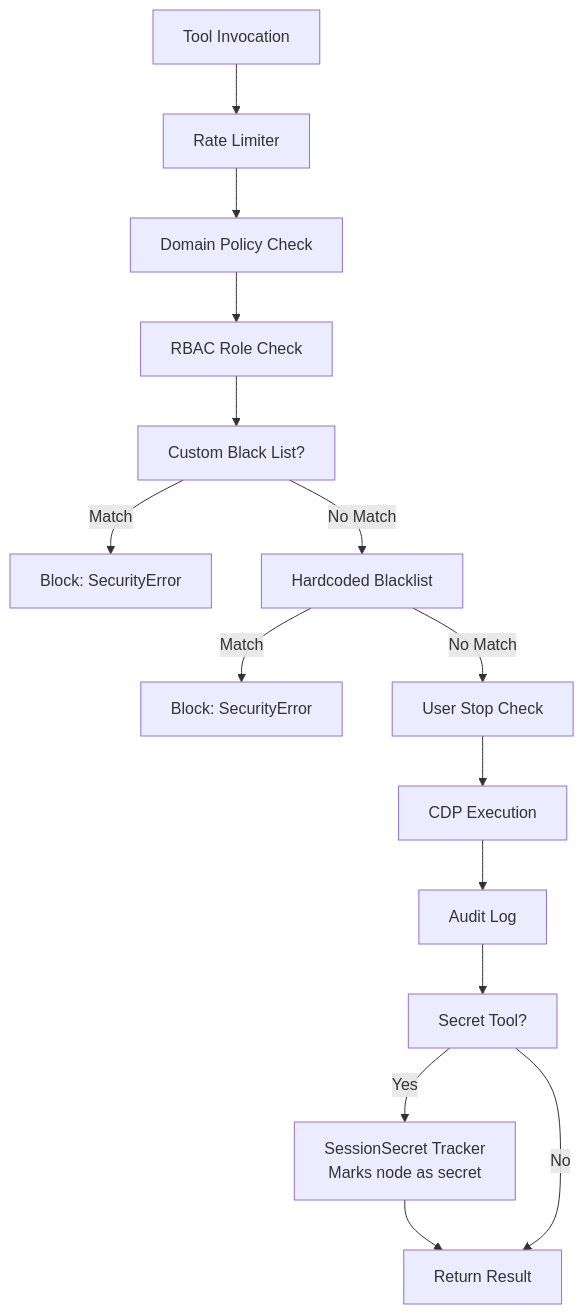
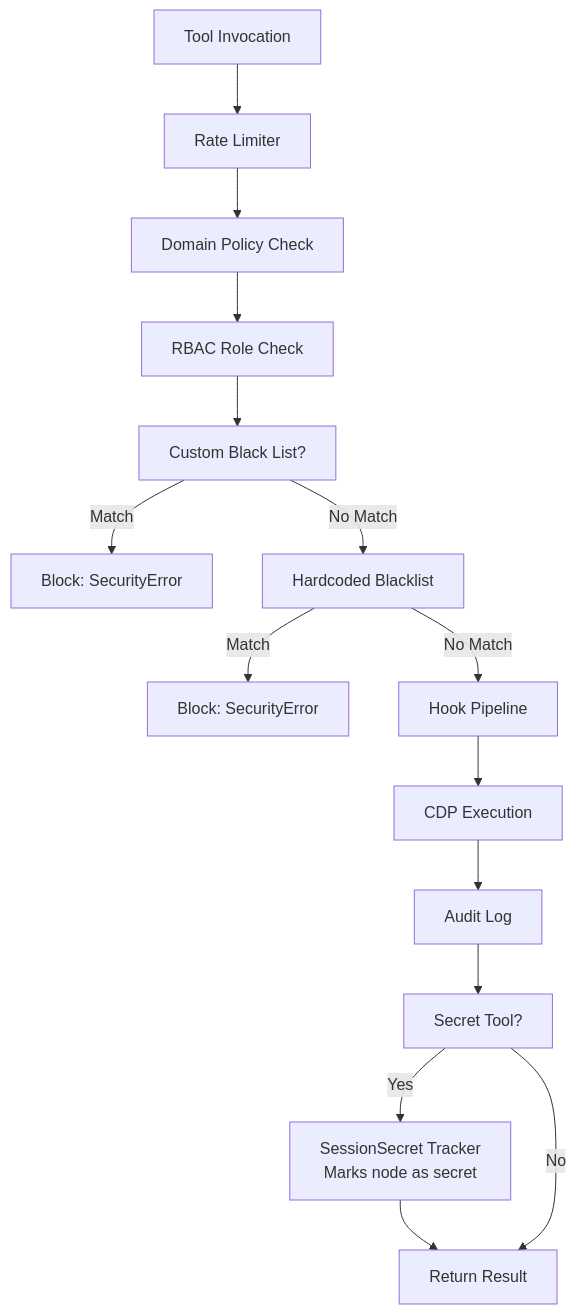
One commit to Weavetab/mcp changed the diagram in SECURITY.md. Above: the diagram before and after it, drawn with Mermaid. The commit also changed other lines of this file and 183 other files, not shown here.

````diff
--- a/SECURITY.md
+++ b/SECURITY.md
@@ -142,17 +141,17 @@
 ```mermaid
 flowchart TD
     Inv[Tool Invocation] --> Rate[Rate Limiter]
     Rate --> Dom[Domain Policy Check]
     Dom --> RBAC[RBAC Role Check]
     RBAC --> Custom[Custom Black List?]
     Custom -- Match --> Block1[Block: SecurityError]
     Custom -- No Match --> Hard[Hardcoded Blacklist]
     Hard -- Match --> Block2[Block: SecurityError]
-    Hard -- No Match --> Stop[User Stop Check]
-    Stop --> CDP[CDP Execution]
+    Hard -- No Match --> Hook[Hook Pipeline]
+    Hook --> CDP[CDP Execution]
     CDP --> Audit[Audit Log]
     Audit --> Secret[Secret Tool?]
     Secret -- Yes --> Tracker[SessionSecret Tracker<br/>Marks node as secret]
     Tracker --> Ret[Return Result]
     Secret -- No --> Ret
 ```
````
